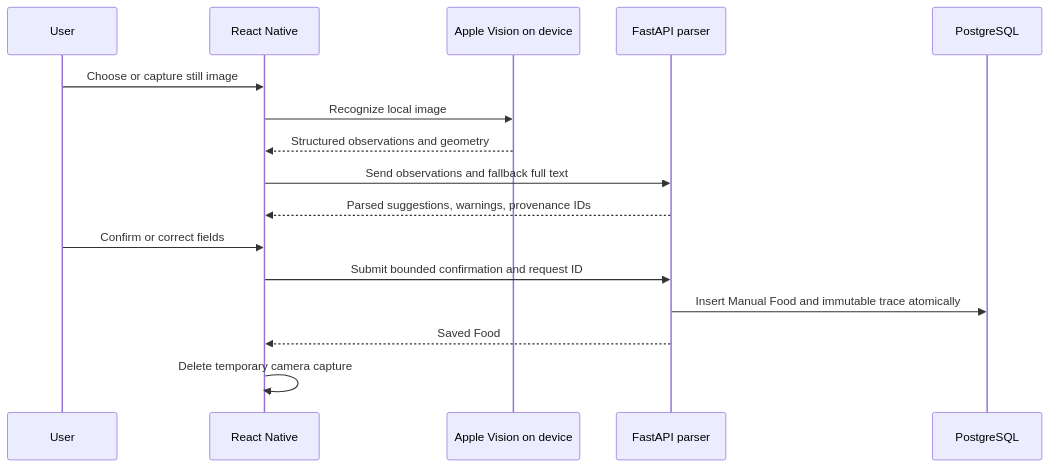
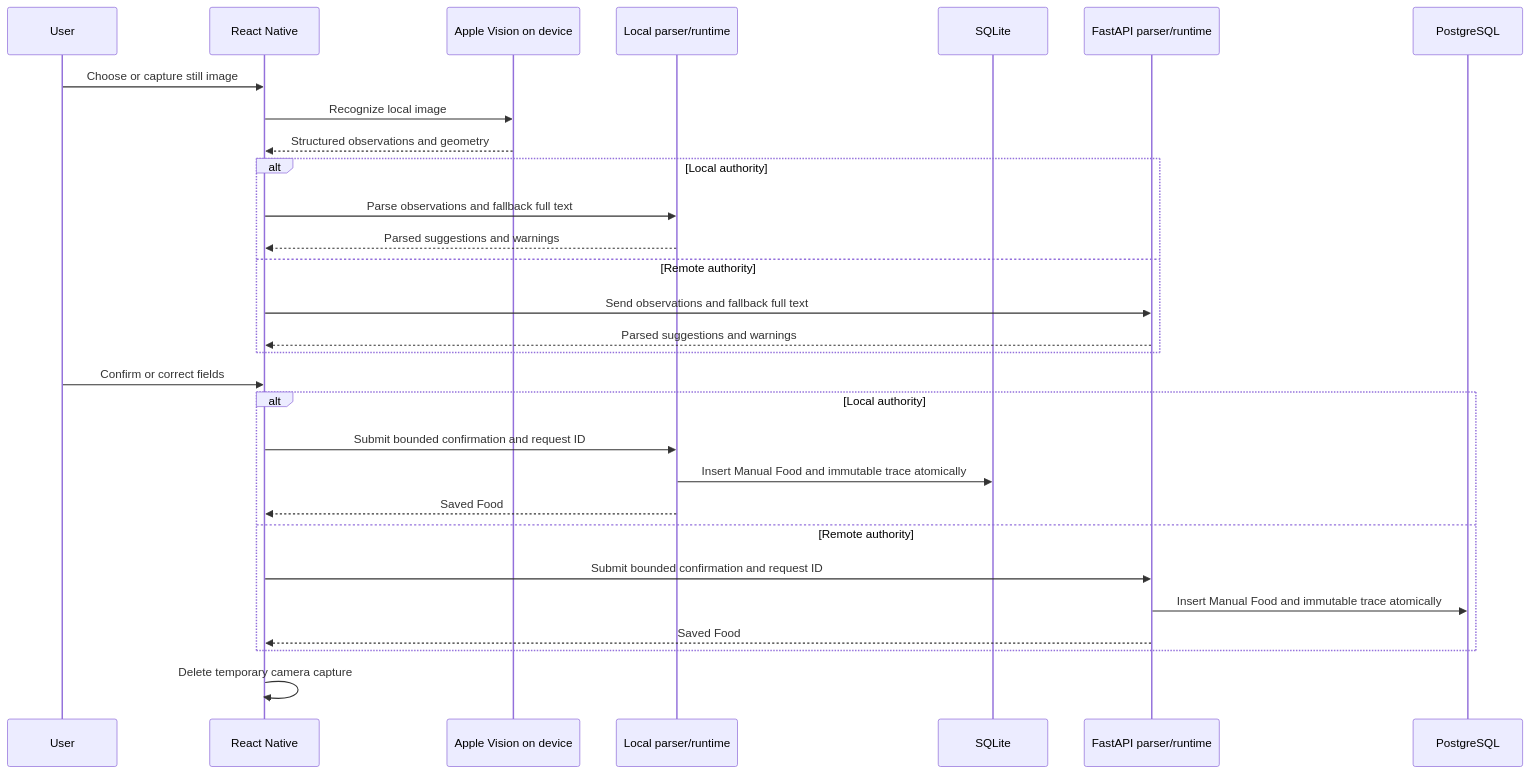
Before and after one commit to MitCaine/Nutrition-App: the first of 2 diagrams in docs/features/ocr-search-and-offline.md, drawn with Mermaid. The commit also changed other lines of this file and 16 other files, not shown here.

````diff
--- a/docs/features/ocr-search-and-offline.md
+++ b/docs/features/ocr-search-and-offline.md
@@ -11,19 +12,32 @@
 ```mermaid
 sequenceDiagram
     participant User
     participant Mobile as React Native
     participant Vision as Apple Vision on device
-    participant API as FastAPI parser
+    participant Local as Local parser/runtime
+    participant SQLite as SQLite
+    participant API as FastAPI parser/runtime
     participant DB as PostgreSQL
 
     User->>Mobile: Choose or capture still image
     Mobile->>Vision: Recognize local image
     Vision-->>Mobile: Structured observations and geometry
-    Mobile->>API: Send observations and fallback full text
-    API-->>Mobile: Parsed suggestions, warnings, provenance IDs
+    alt Local authority
+        Mobile->>Local: Parse observations and fallback full text
+        Local-->>Mobile: Parsed suggestions and warnings
+    else Remote authority
+        Mobile->>API: Send observations and fallback full text
+        API-->>Mobile: Parsed suggestions and warnings
+    end
     User->>Mobile: Confirm or correct fields
-    Mobile->>API: Submit bounded confirmation and request ID
-    API->>DB: Insert Manual Food and immutable trace atomically
-    API-->>Mobile: Saved Food
+    alt Local authority
+        Mobile->>Local: Submit bounded confirmation and request ID
+        Local->>SQLite: Insert Manual Food and immutable trace atomically
+        Local-->>Mobile: Saved Food
+    else Remote authority
+        Mobile->>API: Submit bounded confirmation and request ID
+        API->>DB: Insert Manual Food and immutable trace atomically
+        API-->>Mobile: Saved Food
+    end
     Mobile->>Mobile: Delete temporary camera capture
 ```
````
